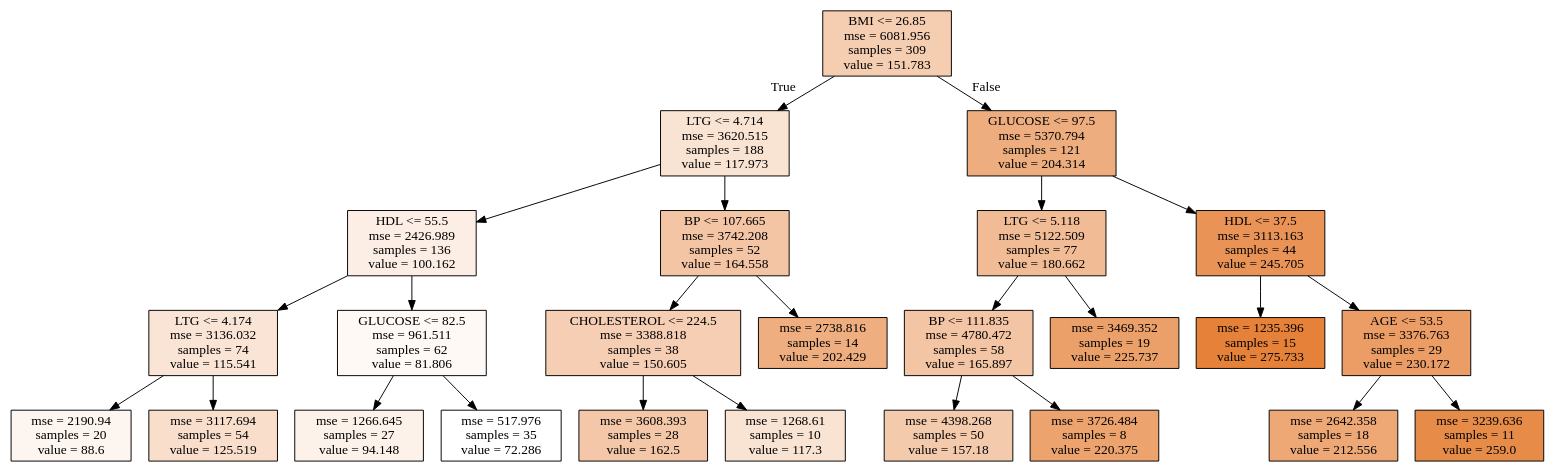
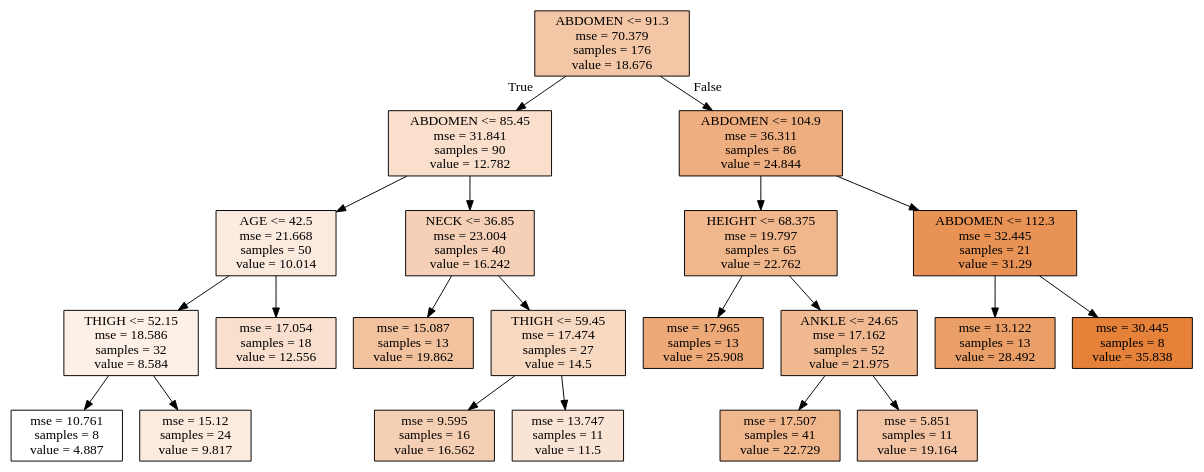
Before and after one commit to wonbae/data-analytics: the diagram in tree_final.dot, drawn with Graphviz. The commit also changed 11 other files, not shown here.

```diff
--- a/tree_final.dot
+++ b/tree_final.dot
@@ -1,52 +1,44 @@
 digraph Tree {
 node [shape=box, style="filled", color="black"] ;
-0 [label="BMI <= 26.85\nmse = 6081.956\nsamples = 309\nvalue = 151.783", fillcolor="#e5813964"] ;
-1 [label="LTG <= 4.714\nmse = 3620.515\nsamples = 188\nvalue = 117.973", fillcolor="#e5813939"] ;
+0 [label="ABDOMEN <= 91.3\nmse = 70.379\nsamples = 176\nvalue = 18.676", fillcolor="#e5813972"] ;
+1 [label="ABDOMEN <= 85.45\nmse = 31.841\nsamples = 90\nvalue = 12.782", fillcolor="#e5813941"] ;
 0 -> 1 [labeldistance=2.5, labelangle=45, headlabel="True"] ;
-2 [label="HDL <= 55.5\nmse = 2426.989\nsamples = 136\nvalue = 100.162", fillcolor="#e5813923"] ;
+2 [label="AGE <= 42.5\nmse = 21.668\nsamples = 50\nvalue = 10.014", fillcolor="#e581392a"] ;
 1 -> 2 ;
-3 [label="LTG <= 4.174\nmse = 3136.032\nsamples = 74\nvalue = 115.541", fillcolor="#e5813936"] ;
+3 [label="THIGH <= 52.15\nmse = 18.586\nsamples = 32\nvalue = 8.584", fillcolor="#e581391e"] ;
 2 -> 3 ;
-4 [label="mse = 2190.94\nsamples = 20\nvalue = 88.6", fillcolor="#e5813914"] ;
+4 [label="mse = 10.761\nsamples = 8\nvalue = 4.887", fillcolor="#e5813900"] ;
 3 -> 4 ;
-5 [label="mse = 3117.694\nsamples = 54\nvalue = 125.519", fillcolor="#e5813943"] ;
+5 [label="mse = 15.12\nsamples = 24\nvalue = 9.817", fillcolor="#e5813929"] ;
 3 -> 5 ;
-6 [label="GLUCOSE <= 82.5\nmse = 961.511\nsamples = 62\nvalue = 81.806", fillcolor="#e581390c"] ;
+6 [label="mse = 17.054\nsamples = 18\nvalue = 12.556", fillcolor="#e581393f"] ;
 2 -> 6 ;
-7 [label="mse = 1266.645\nsamples = 27\nvalue = 94.148", fillcolor="#e581391b"] ;
-6 -> 7 ;
-8 [label="mse = 517.976\nsamples = 35\nvalue = 72.286", fillcolor="#e5813900"] ;
-6 -> 8 ;
-9 [label="BP <= 107.665\nmse = 3742.208\nsamples = 52\nvalue = 164.558", fillcolor="#e5813974"] ;
-1 -> 9 ;
-10 [label="CHOLESTEROL <= 224.5\nmse = 3388.818\nsamples = 38\nvalue = 150.605", fillcolor="#e5813962"] ;
+7 [label="NECK <= 36.85\nmse = 23.004\nsamples = 40\nvalue = 16.242", fillcolor="#e581395e"] ;
+1 -> 7 ;
+8 [label="mse = 15.087\nsamples = 13\nvalue = 19.862", fillcolor="#e581397b"] ;
+7 -> 8 ;
+9 [label="THIGH <= 59.45\nmse = 17.474\nsamples = 27\nvalue = 14.5", fillcolor="#e581394f"] ;
+7 -> 9 ;
+10 [label="mse = 9.595\nsamples = 16\nvalue = 16.562", fillcolor="#e5813960"] ;
 9 -> 10 ;
-11 [label="mse = 3608.393\nsamples = 28\nvalue = 162.5", fillcolor="#e5813971"] ;
-10 -> 11 ;
-12 [label="mse = 1268.61\nsamples = 10\nvalue = 117.3", fillcolor="#e5813938"] ;
-10 -> 12 ;
-13 [label="mse = 2738.816\nsamples = 14\nvalue = 202.429", fillcolor="#e58139a3"] ;
-9 -> 13 ;
-14 [label="GLUCOSE <= 97.5\nmse = 5370.794\nsamples = 121\nvalue = 204.314", fillcolor="#e58139a5"] ;
-0 -> 14 [labeldistance=2.5, labelangle=-45, headlabel="False"] ;
-15 [label="LTG <= 5.118\nmse = 5122.509\nsamples = 77\nvalue = 180.662", fillcolor="#e5813988"] ;
-14 -> 15 ;
-16 [label="BP <= 111.835\nmse = 4780.472\nsamples = 58\nvalue = 165.897", fillcolor="#e5813975"] ;
+11 [label="mse = 13.747\nsamples = 11\nvalue = 11.5", fillcolor="#e5813936"] ;
+9 -> 11 ;
+12 [label="ABDOMEN <= 104.9\nmse = 36.311\nsamples = 86\nvalue = 24.844", fillcolor="#e58139a4"] ;
+0 -> 12 [labeldistance=2.5, labelangle=-45, headlabel="False"] ;
+13 [label="HEIGHT <= 68.375\nmse = 19.797\nsamples = 65\nvalue = 22.762", fillcolor="#e5813993"] ;
+12 -> 13 ;
+14 [label="mse = 17.965\nsamples = 13\nvalue = 25.908", fillcolor="#e58139ad"] ;
+13 -> 14 ;
+15 [label="ANKLE <= 24.65\nmse = 17.162\nsamples = 52\nvalue = 21.975", fillcolor="#e581398d"] ;
+13 -> 15 ;
+16 [label="mse = 17.507\nsamples = 41\nvalue = 22.729", fillcolor="#e5813993"] ;
 15 -> 16 ;
-17 [label="mse = 4398.268\nsamples = 50\nvalue = 157.18", fillcolor="#e581396a"] ;
-16 -> 17 ;
-18 [label="mse = 3726.484\nsamples = 8\nvalue = 220.375", fillcolor="#e58139ba"] ;
-16 -> 18 ;
-19 [label="mse = 3469.352\nsamples = 19\nvalue = 225.737", fillcolor="#e58139c0"] ;
-15 -> 19 ;
-20 [label="HDL <= 37.5\nmse = 3113.163\nsamples = 44\nvalue = 245.705", fillcolor="#e58139d9"] ;
-14 -> 20 ;
-21 [label="mse = 1235.396\nsamples = 15\nvalue = 275.733", fillcolor="#e58139ff"] ;
-20 -> 21 ;
-22 [label="AGE <= 53.5\nmse = 3376.763\nsamples = 29\nvalue = 230.172", fillcolor="#e58139c6"] ;
-20 -> 22 ;
-23 [label="mse = 2642.358\nsamples = 18\nvalue = 212.556", fillcolor="#e58139b0"] ;
-22 -> 23 ;
-24 [label="mse = 3239.636\nsamples = 11\nvalue = 259.0", fillcolor="#e58139ea"] ;
-22 -> 24 ;
+17 [label="mse = 5.851\nsamples = 11\nvalue = 19.164", fillcolor="#e5813976"] ;
+15 -> 17 ;
+18 [label="ABDOMEN <= 112.3\nmse = 32.445\nsamples = 21\nvalue = 31.29", fillcolor="#e58139da"] ;
+12 -> 18 ;
+19 [label="mse = 13.122\nsamples = 13\nvalue = 28.492", fillcolor="#e58139c2"] ;
+18 -> 19 ;
+20 [label="mse = 30.445\nsamples = 8\nvalue = 35.838", fillcolor="#e58139ff"] ;
+18 -> 20 ;
 }
```
